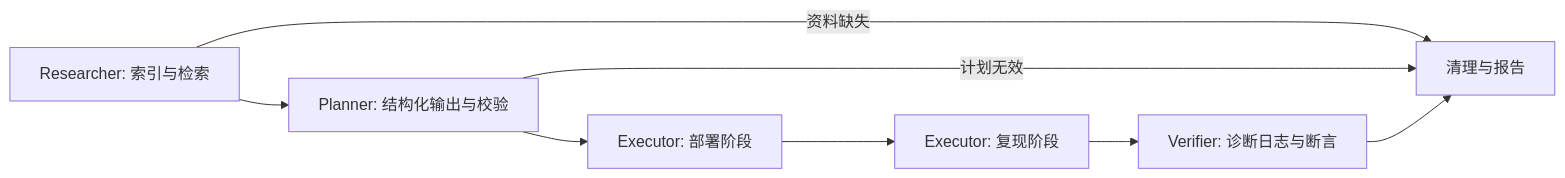
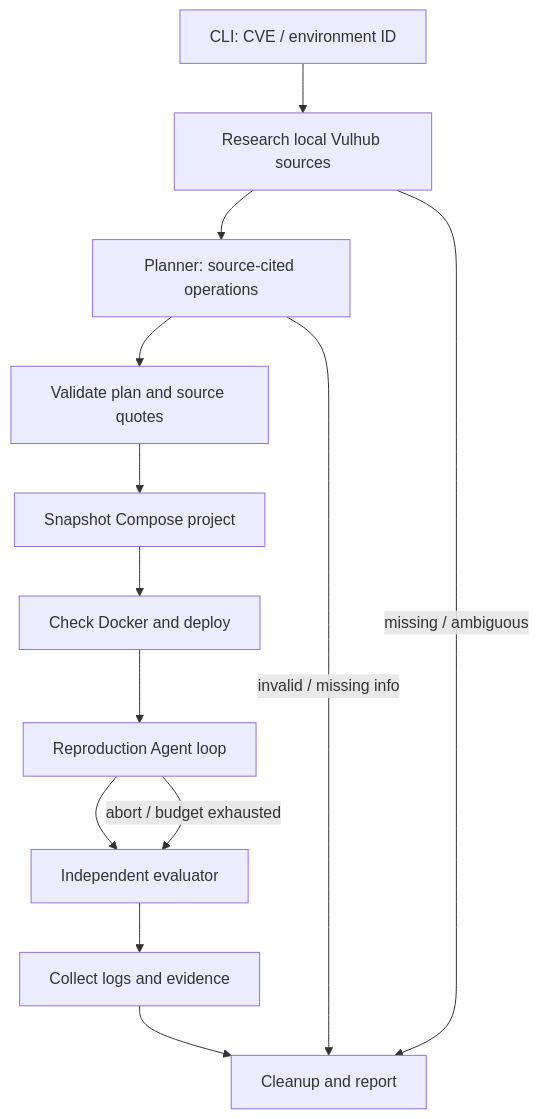
One commit to yyi614047-boop/VulnForge changed the diagram in docs/architecture.md. Above: the diagram before and after it, drawn with Mermaid. The commit also changed other lines of this file, not shown here.

Commit message:
Document RAG-free primary runtime and current architecture

````diff
--- a/docs/architecture.md
+++ b/docs/architecture.md
@@ -15,10 +13,15 @@
 ```mermaid
-flowchart LR
-    R[Researcher: 索引与检索] --> P[Planner: 结构化输出与校验]
-    R -->|资料缺失| C[清理与报告]
-    P -->|计划无效| C
-    P --> D[Executor: 部署阶段]
-    D --> E[Executor: 复现阶段]
-    E --> V[Verifier: 诊断日志与断言]
-    V --> C
+flowchart TD
+    A[CLI: CVE / environment ID] --> B[Research local Vulhub sources]
+    B --> C[Planner: source-cited operations]
+    C --> D[Validate plan and source quotes]
+    D --> E[Snapshot Compose project]
+    E --> F[Check Docker and deploy]
+    F --> G[Reproduction Agent loop]
+    G --> H[Independent evaluator]
+    H --> I[Collect logs and evidence]
+    I --> J[Cleanup and report]
+    G -->|abort / budget exhausted| H
+    B -->|missing / ambiguous| J
+    C -->|invalid / missing info| J
 ```
````
